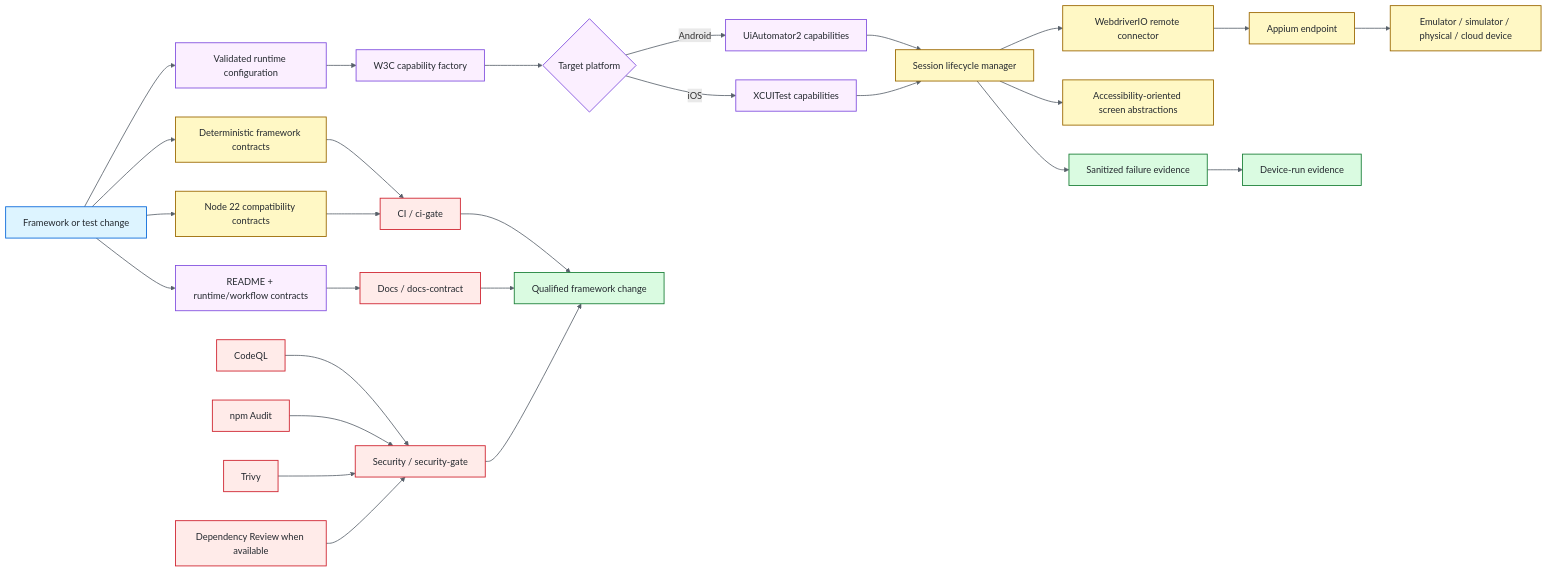
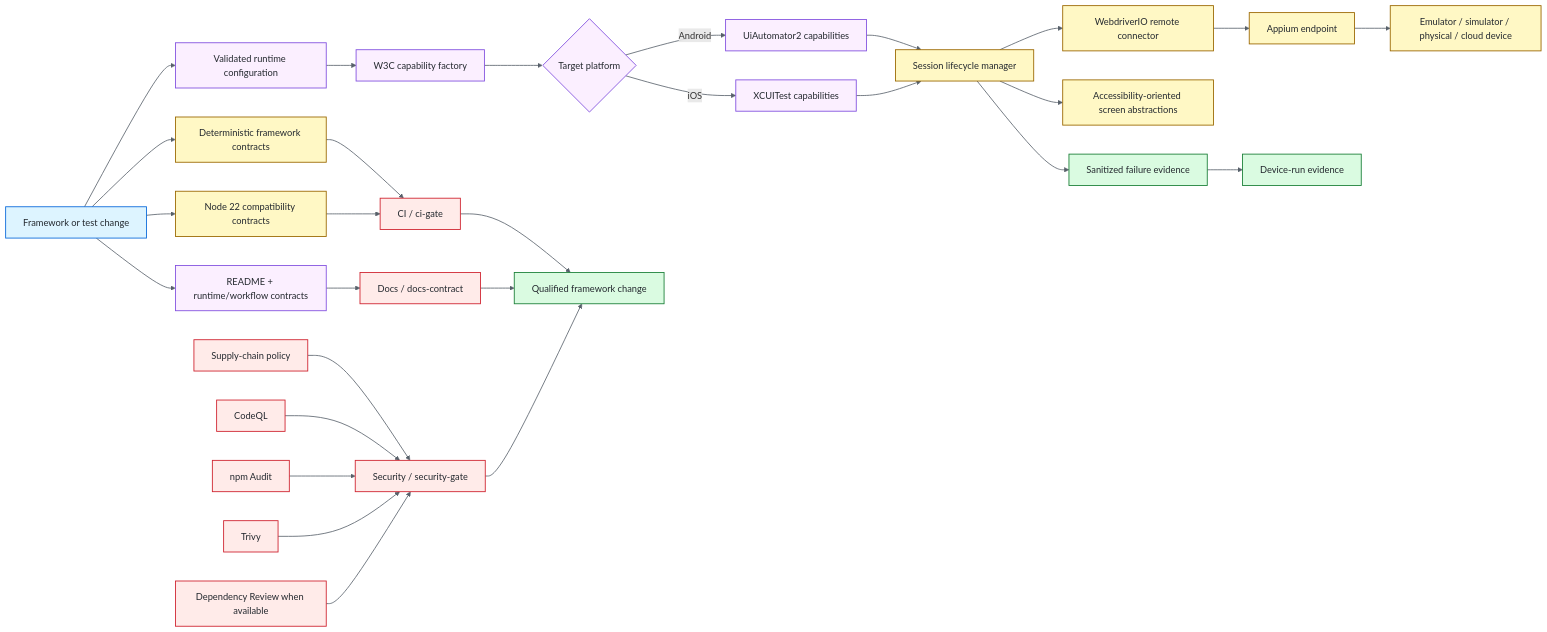
One commit to portyu9/qa-automation-mobile-appium changed the diagram in README.md. Above: the diagram before and after it, drawn with Mermaid. The commit also changed other lines of this file, not shown here.

Commit message:
docs: show supply-chain policy in security architecture

````diff
--- a/README.md
+++ b/README.md
@@ -42,45 +42,46 @@
 ```mermaid
 flowchart LR
     CHANGE[Framework or test change] --> CFG[Validated runtime configuration]
     CFG --> CAP[W3C capability factory]
     CAP --> PLATFORM{Target platform}
     PLATFORM -->|Android| UIA[UiAutomator2 capabilities]
     PLATFORM -->|iOS| XCU[XCUITest capabilities]
     UIA --> SESSION[Session lifecycle manager]
     XCU --> SESSION
     SESSION --> WDIO[WebdriverIO remote connector]
     WDIO --> APPIUM[Appium endpoint]
     APPIUM --> DEVICE[Emulator / simulator / physical / cloud device]
     SESSION --> SCREEN[Accessibility-oriented screen abstractions]
     SESSION --> EVIDENCE[Sanitized failure evidence]
 
     CHANGE --> CONTRACT[Deterministic framework contracts]
     CONTRACT --> GATE[CI / ci-gate]
     CHANGE --> NODE22[Node 22 compatibility contracts]
     NODE22 --> GATE
     EVIDENCE --> DEVICEOUT[Device-run evidence]
 
     CHANGE --> DOCS[README + runtime/workflow contracts]
     DOCS --> DG[Docs / docs-contract]
 
-    SAST[CodeQL] --> SG[Security / security-gate]
+    SUPPLY[Supply-chain policy] --> SG[Security / security-gate]
+    SAST[CodeQL] --> SG
     AUDIT[npm Audit] --> SG
     TRIVY[Trivy] --> SG
     REVIEW[Dependency Review when available] --> SG
 
     GATE --> RESULT[Qualified framework change]
     DG --> RESULT
     SG --> RESULT
 
     classDef entry fill:#ddf4ff,stroke:#0969da,color:#24292f,stroke-width:1.5px;
     classDef policy fill:#fbefff,stroke:#8250df,color:#24292f,stroke-width:1.5px;
     classDef runtime fill:#fff8c5,stroke:#9a6700,color:#24292f,stroke-width:1.5px;
     classDef evidence fill:#dafbe1,stroke:#1a7f37,color:#24292f,stroke-width:1.5px;
     classDef gate fill:#ffebe9,stroke:#cf222e,color:#24292f,stroke-width:1.5px;
     class CHANGE entry;
     class CFG,CAP,PLATFORM,UIA,XCU,DOCS policy;
     class SESSION,WDIO,APPIUM,DEVICE,SCREEN,CONTRACT,NODE22 runtime;
     class EVIDENCE,DEVICEOUT,RESULT evidence;
-    class GATE,DG,SAST,AUDIT,TRIVY,REVIEW,SG gate;
+    class GATE,DG,SUPPLY,SAST,AUDIT,TRIVY,REVIEW,SG gate;
     linkStyle default stroke:#57606a,stroke-width:1.4px;
 ```
````
